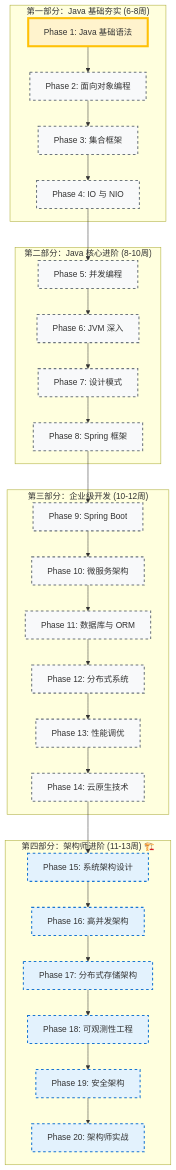
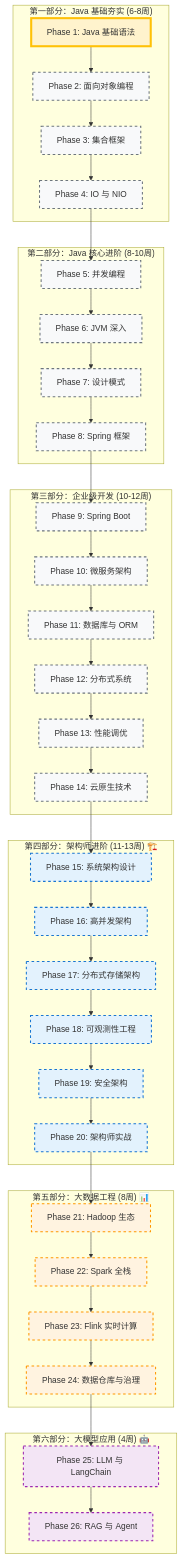
One commit to Perlou/java-course changed the diagram in ROADMAP.md. Above: the diagram before and after it, drawn with Mermaid. The commit also changed other lines of this file and 177 other files, not shown here.

````diff
--- a/ROADMAP.md
+++ b/ROADMAP.md
@@ -8,60 +8,80 @@
 ```mermaid
 graph TD
     %% 样式定义
     classDef done fill:#d4edda,stroke:#28a745,stroke-width:2px;
     classDef current fill:#fff3cd,stroke:#ffc107,stroke-width:4px;
     classDef future fill:#f8f9fa,stroke:#6c757d,stroke-width:2px,stroke-dasharray: 5 5;
     classDef architect fill:#e3f2fd,stroke:#1976d2,stroke-width:2px,stroke-dasharray: 5 5;
+    classDef bigdata fill:#fff3e0,stroke:#ff9800,stroke-width:2px,stroke-dasharray: 5 5;
+    classDef llm fill:#f3e5f5,stroke:#9c27b0,stroke-width:2px,stroke-dasharray: 5 5;
 
     subgraph "第一部分：Java 基础夯实 (6-8周)"
         P1["Phase 1: Java 基础语法"]:::current
         P2["Phase 2: 面向对象编程"]:::future
         P3["Phase 3: 集合框架"]:::future
         P4["Phase 4: IO 与 NIO"]:::future
     end
 
     subgraph "第二部分：Java 核心进阶 (8-10周)"
         P5["Phase 5: 并发编程"]:::future
         P6["Phase 6: JVM 深入"]:::future
         P7["Phase 7: 设计模式"]:::future
         P8["Phase 8: Spring 框架"]:::future
     end
 
     subgraph "第三部分：企业级开发 (10-12周)"
         P9["Phase 9: Spring Boot"]:::future
         P10["Phase 10: 微服务架构"]:::future
         P11["Phase 11: 数据库与 ORM"]:::future
         P12["Phase 12: 分布式系统"]:::future
         P13["Phase 13: 性能调优"]:::future
         P14["Phase 14: 云原生技术"]:::future
     end
 
     subgraph "第四部分：架构师进阶 (11-13周) 🏗️"
         P15["Phase 15: 系统架构设计"]:::architect
         P16["Phase 16: 高并发架构"]:::architect
         P17["Phase 17: 分布式存储架构"]:::architect
         P18["Phase 18: 可观测性工程"]:::architect
         P19["Phase 19: 安全架构"]:::architect
         P20["Phase 20: 架构师实战"]:::architect
     end
 
+    subgraph "第五部分：大数据工程 (8周) 📊"
+        P21["Phase 21: Hadoop 生态"]:::bigdata
+        P22["Phase 22: Spark 全栈"]:::bigdata
+        P23["Phase 23: Flink 实时计算"]:::bigdata
+        P24["Phase 24: 数据仓库与治理"]:::bigdata
+    end
+
+    subgraph "第六部分：大模型应用 (4周) 🤖"
+        P25["Phase 25: LLM 与 LangChain"]:::llm
+        P26["Phase 26: RAG 与 Agent"]:::llm
+    end
+
     P1 --> P2
     P2 --> P3
     P3 --> P4
     P4 --> P5
     P5 --> P6
     P6 --> P7
     P7 --> P8
     P8 --> P9
     P9 --> P10
     P10 --> P11
     P11 --> P12
     P12 --> P13
     P13 --> P14
     P14 --> P15
     P15 --> P16
     P16 --> P17
     P17 --> P18
     P18 --> P19
     P19 --> P20
+    P20 --> P21
+    P21 --> P22
+    P22 --> P23
+    P23 --> P24
+    P24 --> P25
+    P25 --> P26
 ```
````
